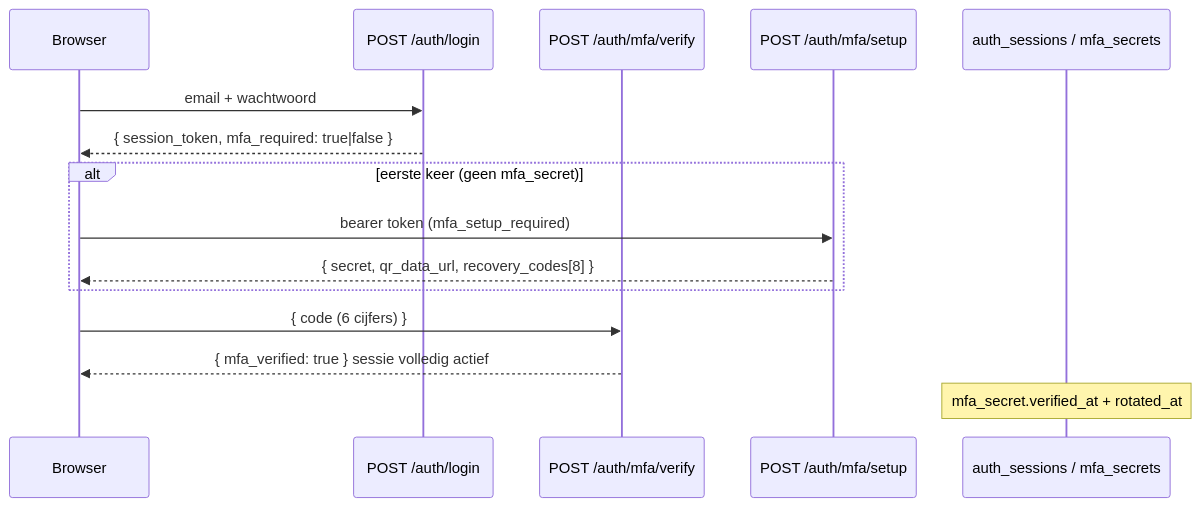
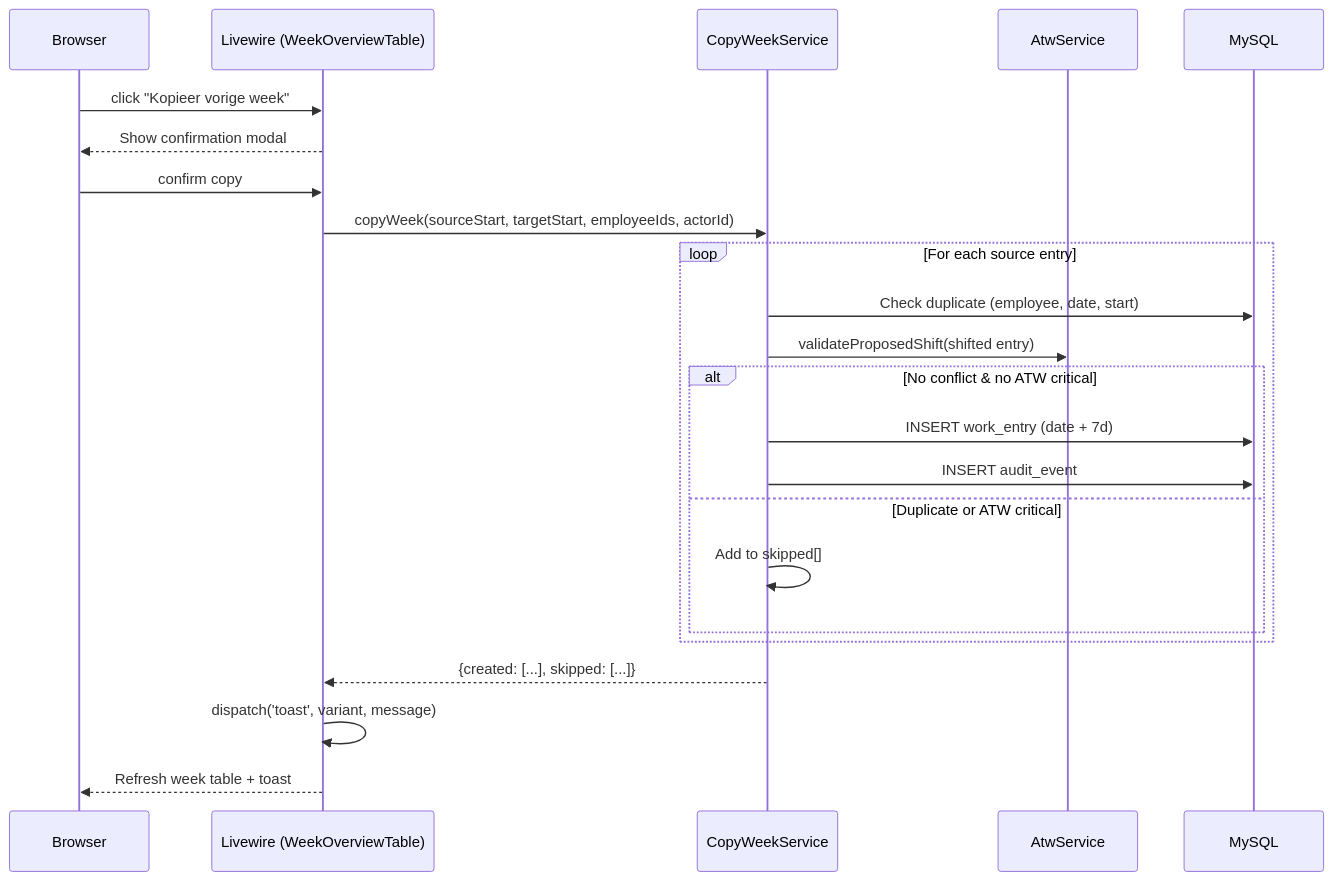
One commit to nlthariri/lavita-ur changed the third of 5 diagrams in .kiro/specs/lavita-urenregistratie/design.md. Above: the diagram before and after it, drawn with Mermaid. The commit also changed other lines of this file and 54 other files, not shown here.

````diff
--- a/.kiro/specs/lavita-urenregistratie/design.md
+++ b/.kiro/specs/lavita-urenregistratie/design.md
@@ -88,18 +108,26 @@
 ```mermaid
 sequenceDiagram
-  participant U as Browser
-  participant L as POST /auth/login
-  participant V as POST /auth/mfa/verify
-  participant S as POST /auth/mfa/setup
-  participant DB as auth_sessions / mfa_secrets
+    participant B as Browser
+    participant LW as Livewire (WeekOverviewTable)
+    participant CWS as CopyWeekService
+    participant ATW as AtwService
+    participant DB as MySQL
 
-  U->>L: email + wachtwoord
-  L-->>U: { session_token, mfa_required: true|false }
-  alt eerste keer (geen mfa_secret)
-    U->>S: bearer token (mfa_setup_required)
-    S-->>U: { secret, qr_data_url, recovery_codes[8] }
-  end
-  U->>V: { code (6 cijfers) }
-  V-->>U: { mfa_verified: true } sessie volledig actief
-  Note over DB: mfa_secret.verified_at + rotated_at
+    B->>LW: click "Kopieer vorige week"
+    LW-->>B: Show confirmation modal
+    B->>LW: confirm copy
+    LW->>CWS: copyWeek(sourceStart, targetStart, employeeIds, actorId)
+    loop For each source entry
+        CWS->>DB: Check duplicate (employee, date, start)
+        CWS->>ATW: validateProposedShift(shifted entry)
+        alt No conflict & no ATW critical
+            CWS->>DB: INSERT work_entry (date + 7d)
+            CWS->>DB: INSERT audit_event
+        else Duplicate or ATW critical
+            CWS->>CWS: Add to skipped[]
+        end
+    end
+    CWS-->>LW: {created: [...], skipped: [...]}
+    LW->>LW: dispatch('toast', variant, message)
+    LW-->>B: Refresh week table + toast
 ```
````
